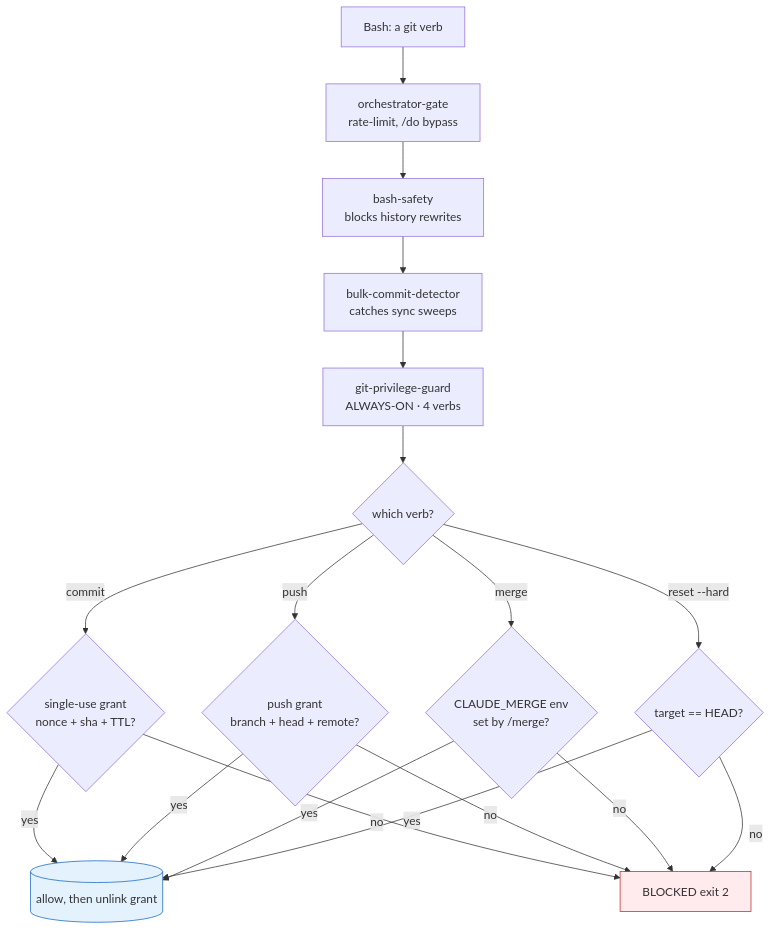
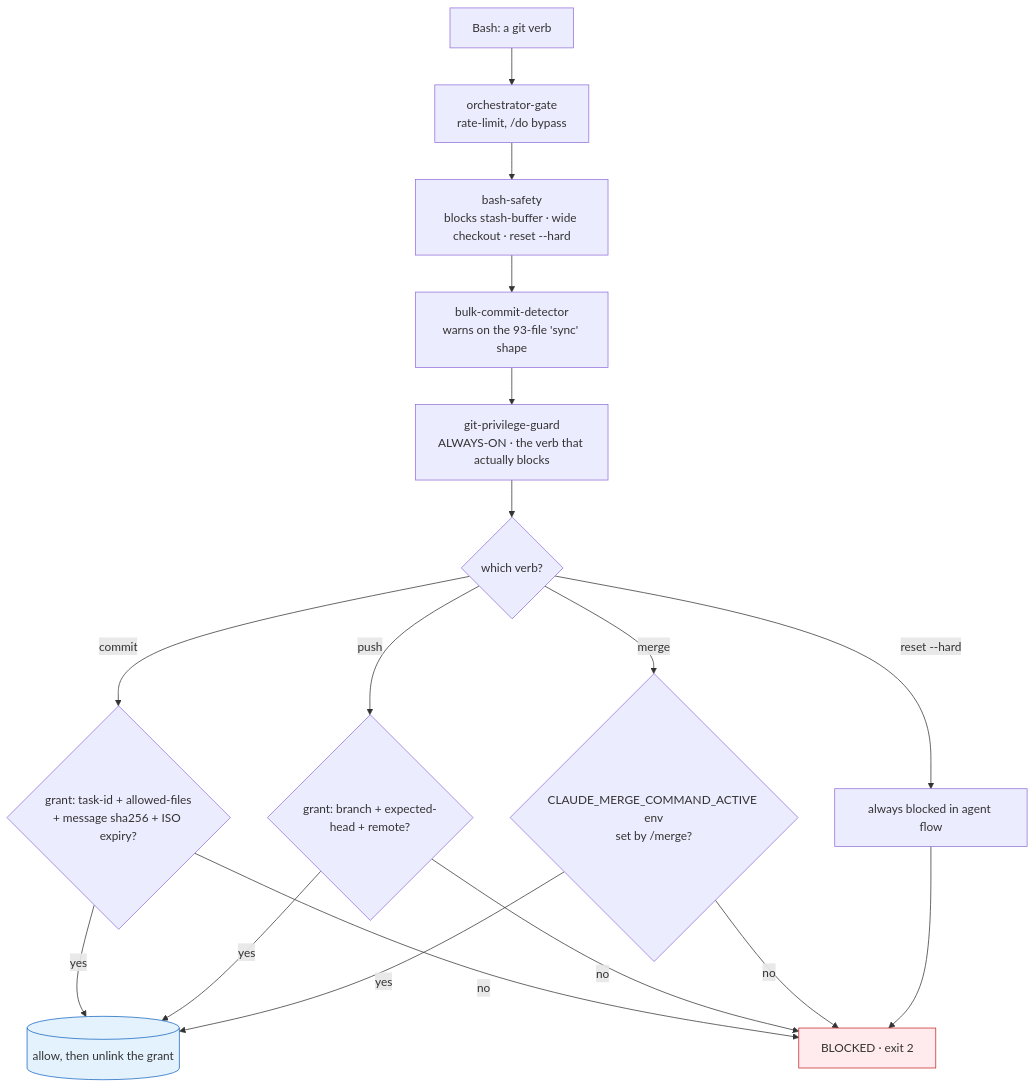
One commit to Yugoge/awesome-claude-harness changed the second of 3 diagrams in README.md. Above: the diagram before and after it, drawn with Mermaid. The commit also changed other lines of this file, not shown here.

````diff
--- a/README.md
+++ b/README.md
@@ -118,21 +148,22 @@
 ```mermaid
 flowchart TD
     B[Bash: a git verb] --> H1[orchestrator-gate<br/>rate-limit, /do bypass]
-    H1 --> H2[bash-safety<br/>blocks history rewrites]
-    H2 --> H3[bulk-commit-detector<br/>catches sync sweeps]
-    H3 --> H4[git-privilege-guard<br/>ALWAYS-ON · 4 verbs]
+    H1 --> H2[bash-safety<br/>blocks stash-buffer · wide checkout · reset --hard]
+    H2 --> H3[bulk-commit-detector<br/>warns on the 93-file 'sync' shape]
+    H3 --> H4[git-privilege-guard<br/>ALWAYS-ON · the verb that actually blocks]
 
     H4 --> C{which verb?}
-    C -->|commit| G1{single-use grant<br/>nonce + sha + TTL?}
-    C -->|push| G2{push grant<br/>branch + head + remote?}
-    C -->|merge| G3{CLAUDE_MERGE env<br/>set by /merge?}
-    C -->|reset --hard| G4{target == HEAD?}
+    C -->|commit| G1{grant: task-id + allowed-files<br/>+ message sha256 + ISO expiry?}
+    C -->|push| G2{grant: branch + expected-head + remote?}
+    C -->|merge| G3{CLAUDE_MERGE_COMMAND_ACTIVE env<br/>set by /merge?}
+    C -->|reset --hard| G4[always blocked in agent flow]
 
-    G1 & G2 & G3 & G4 -->|yes| OK[(allow, then unlink grant)]
-    G1 & G2 & G3 & G4 -->|no| NO[BLOCKED exit 2]
+    G1 & G2 & G3 -->|yes| OK[(allow, then unlink the grant)]
+    G1 & G2 & G3 -->|no| NO[BLOCKED · exit 2]
+    G4 --> NO
 
     classDef block fill:#ffebee,stroke:#c62828
     classDef ok fill:#e3f2fd,stroke:#1565c0
     class NO block
     class OK ok
 ```
````
